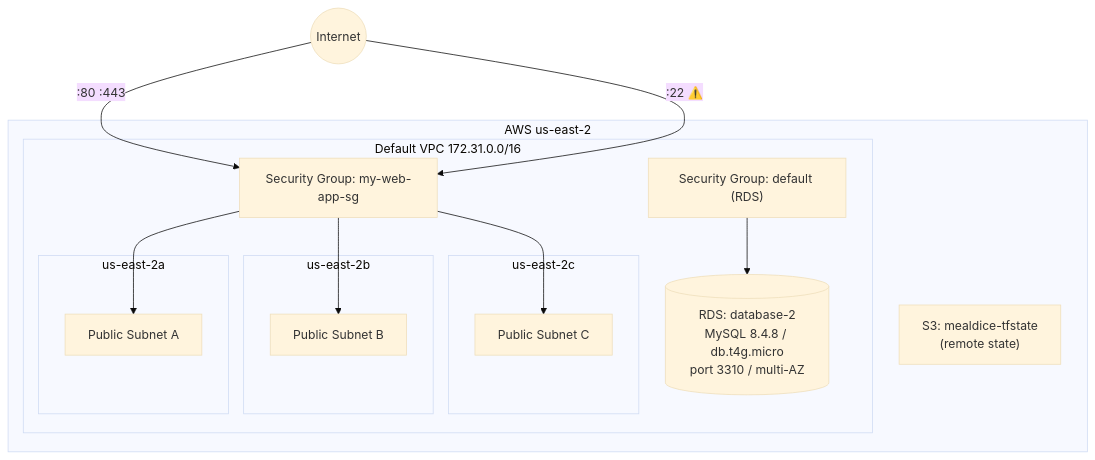
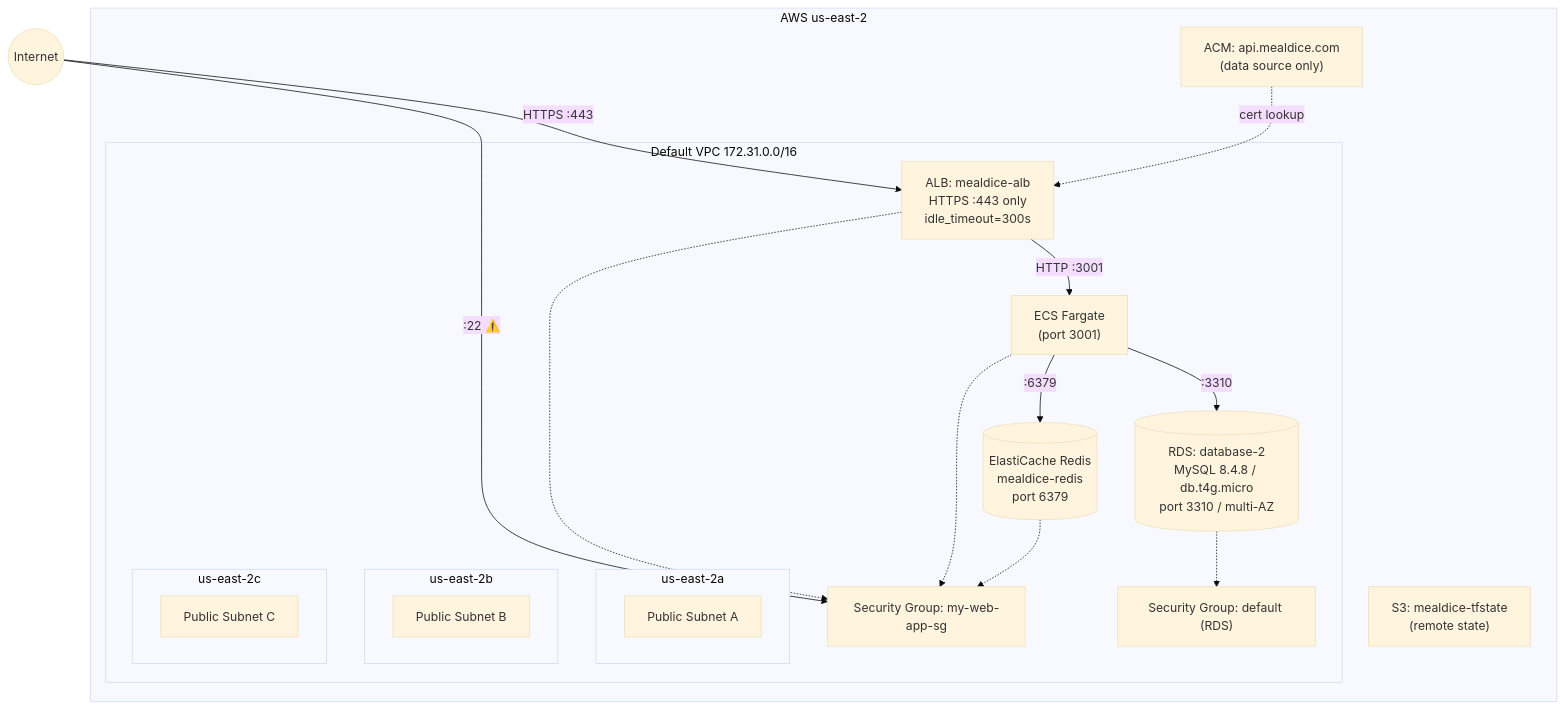
Before and after one commit to 986913/WHATTOEAT: the second of 2 diagrams in infra/README.md, drawn with Mermaid (base theme). The commit also changed other lines of this file, not shown here.

````diff
--- a/infra/README.md
+++ b/infra/README.md
@@ -52,25 +60,33 @@
 ```mermaid
 graph TB
     subgraph AWS["AWS us-east-2"]
         subgraph VPC["Default VPC  172.31.0.0/16"]
             subgraph AZA["us-east-2a"]
                 SA["Public Subnet A"]
             end
             subgraph AZB["us-east-2b"]
                 SB["Public Subnet B"]
             end
             subgraph AZC["us-east-2c"]
                 SC["Public Subnet C"]
             end
             SG["Security Group: my-web-app-sg"]
             DefaultSG["Security Group: default (RDS)"]
+            ALB["ALB: mealdice-alb\nHTTPS :443 only\nidle_timeout=300s"]
+            ECS["ECS Fargate\n(port 3001)"]
             RDS[("RDS: database-2\nMySQL 8.4.8 / db.t4g.micro\nport 3310 / multi-AZ")]
+            REDIS[("ElastiCache Redis\nmealdice-redis\nport 6379")]
         end
         S3["S3: mealdice-tfstate\n(remote state)"]
+        ACM["ACM: api.mealdice.com\n(data source only)"]
     end
 
-    Internet(("Internet")) -- ":80 :443" --> SG
+    Internet(("Internet")) -- "HTTPS :443" --> ALB
     Internet -- ":22 ⚠️" --> SG
-    SG --> SA & SB & SC
-    DefaultSG --> RDS
+    ALB -- "HTTP :3001" --> ECS
+    ECS -- ":3310" --> RDS
+    ECS -- ":6379" --> REDIS
+    ACM -. "cert lookup" .-> ALB
+    ALB & ECS & REDIS -.-> SG
+    RDS -.-> DefaultSG
 ```
````
